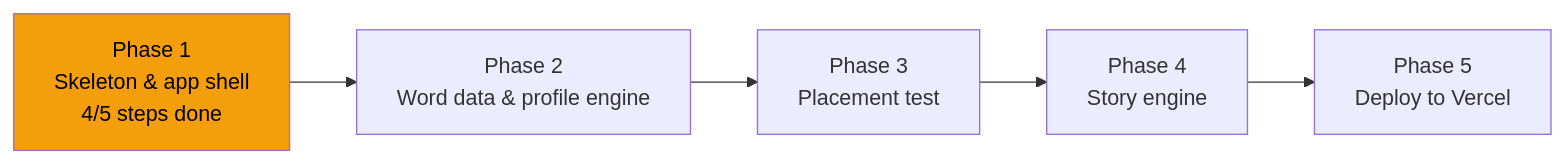
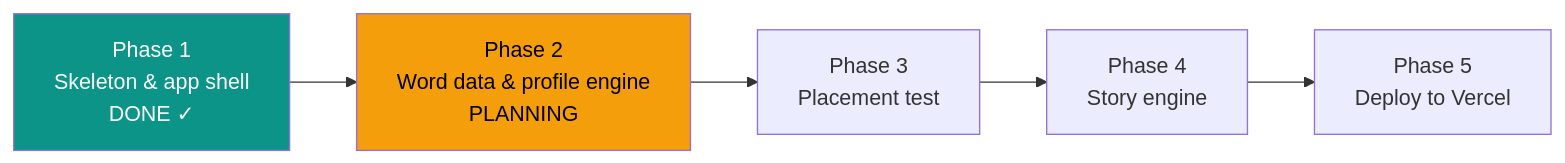
The diagram in .oplan/first-build/STATUS.md (dkreinov/magic-clinic-english), drawn with Mermaid before and after one commit. The commit also changed other lines of this file, not shown here.

Commit message:
oplan: STATUS at phase 1 close

````diff
--- a/.oplan/first-build/STATUS.md
+++ b/.oplan/first-build/STATUS.md
@@ -14,8 +14,9 @@
 ```mermaid
 flowchart LR
-    P1[Phase 1<br/>Skeleton & app shell<br/>4/5 steps done] --> P2[Phase 2<br/>Word data & profile engine]
+    P1[Phase 1<br/>Skeleton & app shell<br/>DONE ✓] --> P2[Phase 2<br/>Word data & profile engine<br/>PLANNING]
     P2 --> P3[Phase 3<br/>Placement test]
     P3 --> P4[Phase 4<br/>Story engine]
     P4 --> P5[Phase 5<br/>Deploy to Vercel]
-    style P1 fill:#f59e0b,color:#000
+    style P1 fill:#0d9488,color:#fff
+    style P2 fill:#f59e0b,color:#000
 ```
````
